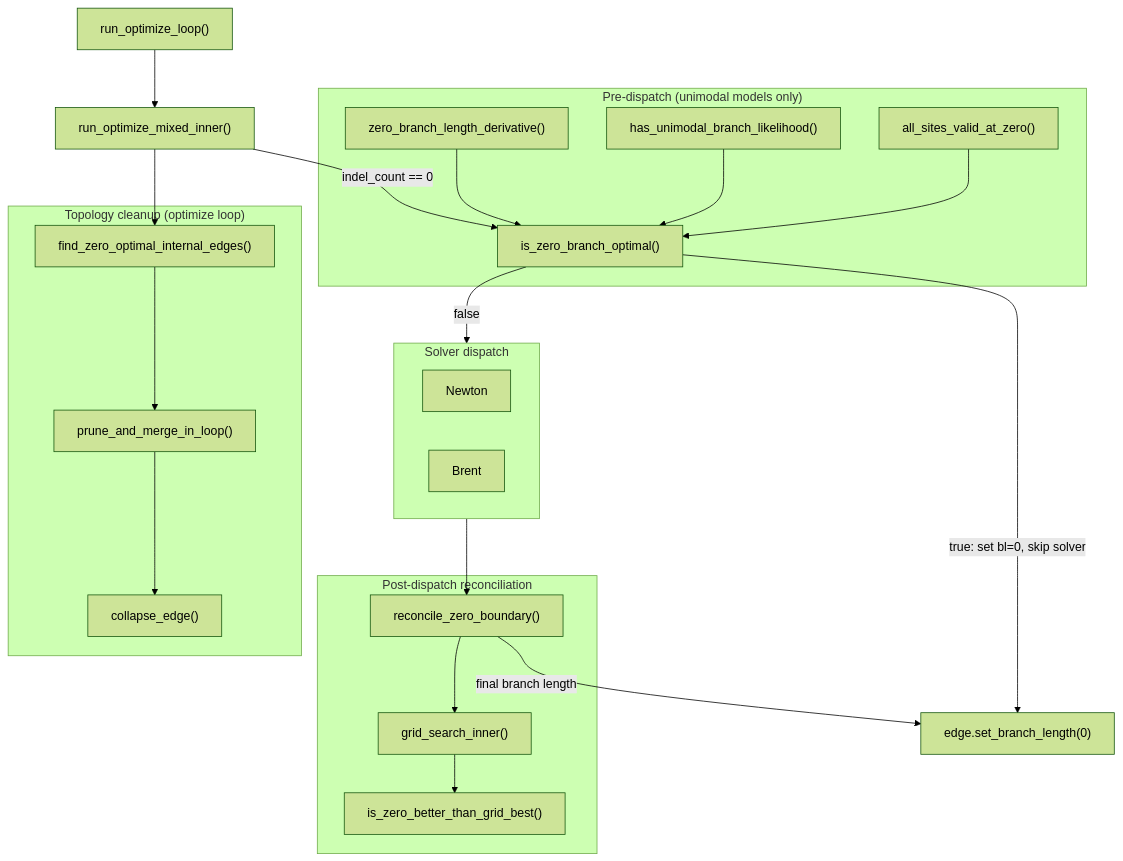
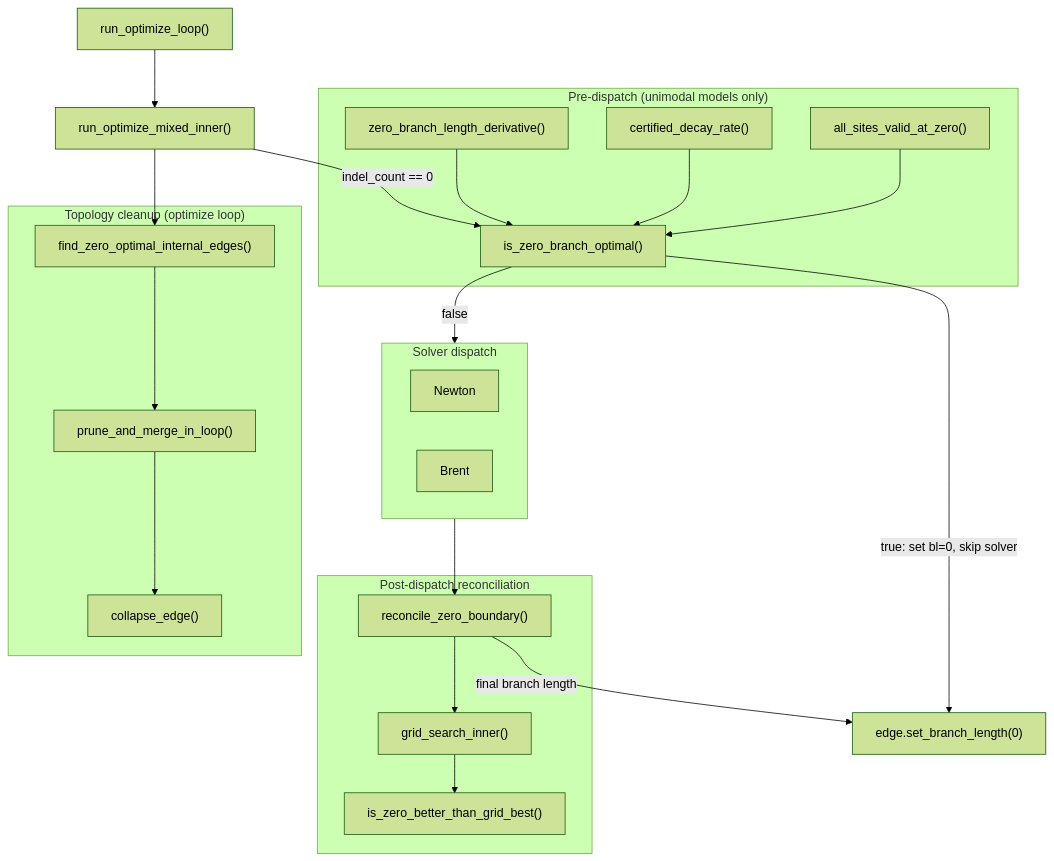
The diagram in kb/reports/zero-branch-length-optimization.md (neherlab/treetime), drawn with Mermaid (forest theme) before and after one commit. The commit also changed other lines of this file and 10 other files, not shown here.

````diff
--- a/kb/reports/zero-branch-length-optimization.md
+++ b/kb/reports/zero-branch-length-optimization.md
@@ -68,44 +68,44 @@
 ```mermaid
 graph TD
     subgraph pre ["Pre-dispatch (unimodal models only)"]
         valid["all_sites_valid_at_zero()"]
-        unimodal["has_unimodal_branch_likelihood()"]
+        unimodal["certified_decay_rate()"]
         deriv["zero_branch_length_derivative()"]
         is_zero["is_zero_branch_optimal()"]
         valid --> is_zero
         unimodal --> is_zero
         deriv --> is_zero
     end
 
     subgraph solver ["Solver dispatch"]
         newton["Newton"]
         brent["Brent"]
     end
 
     subgraph post ["Post-dispatch reconciliation"]
         reconcile["reconcile_zero_boundary()"]
         grid["grid_search_inner()"]
         zero_better["is_zero_better_than_grid_best()"]
         reconcile --> grid
         grid --> zero_better
     end
 
     subgraph collapse ["Topology cleanup (optimize loop)"]
         find["find_zero_optimal_internal_edges()"]
         prune["prune_and_merge_in_loop()"]
         coll["collapse_edge()"]
         find --> prune
         prune --> coll
     end
 
     run["run_optimize_mixed_inner()"]
     run -->|"indel_count == 0"| is_zero
     is_zero -->|"true: set bl=0, skip solver"| done["edge.set_branch_length(0)"]
     is_zero -->|"false"| solver
     solver --> reconcile
     reconcile -->|"final branch length"| done
 
     loop["run_optimize_loop()"]
     loop --> run
     run --> find
 ```
````
